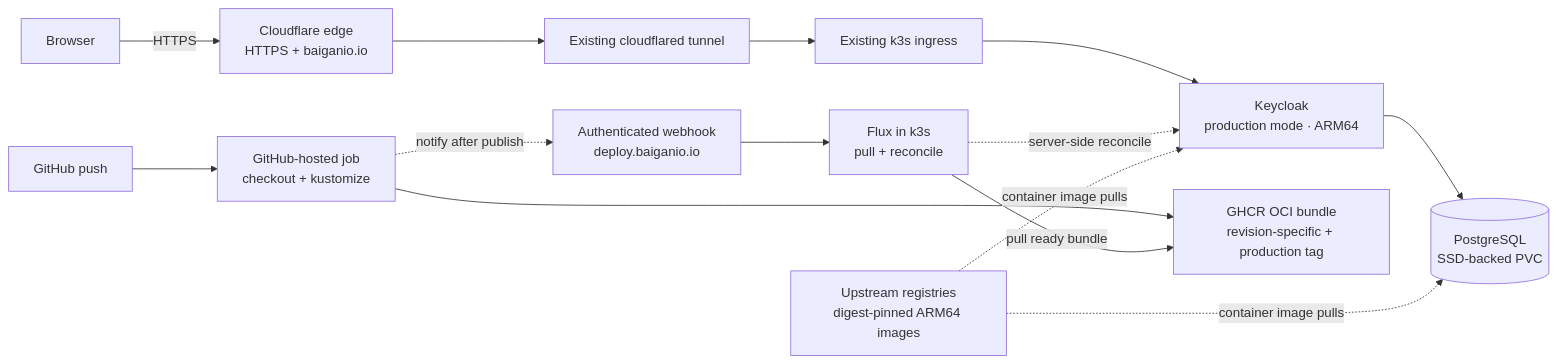
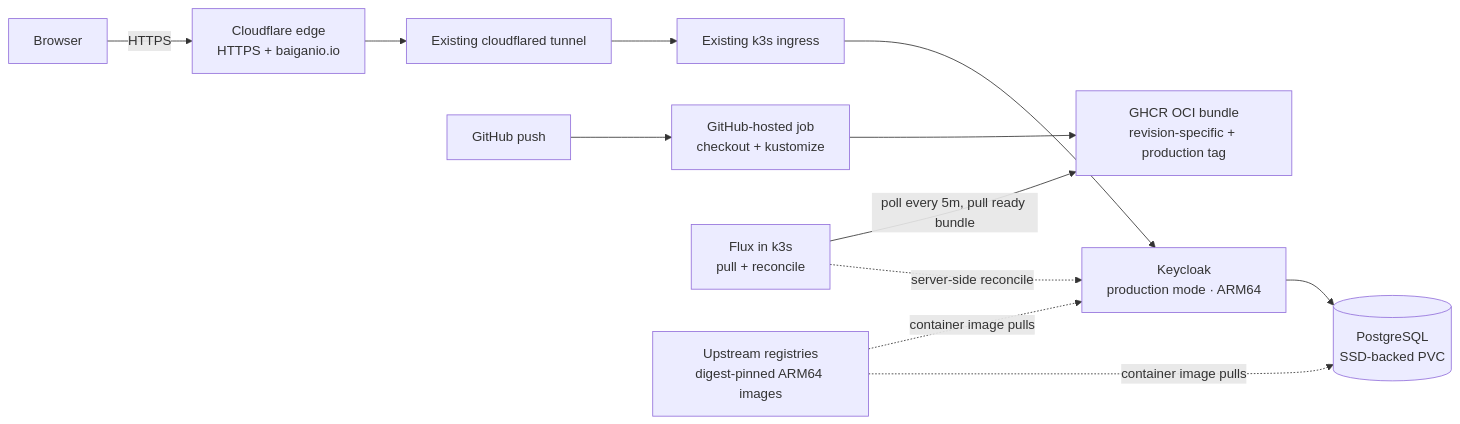
The diagram in K3SPI5.md (BaiGanio/keycloak), drawn with Mermaid before and after one commit. The commit also changed other lines of this file and 3 other files, not shown here.

First line of the commit message:
Remove Flux webhook notify path; rely on polling

````diff
--- a/K3SPI5.md
+++ b/K3SPI5.md
@@ -270,29 +260,26 @@
 ```mermaid
 flowchart LR
     user["Browser"]
     cloudflare["Cloudflare edge<br/>HTTPS + baiganio.io"]
     tunnel["Existing cloudflared tunnel"]
     ingress["Existing k3s ingress"]
     keycloak["Keycloak<br/>production mode · ARM64"]
     postgres[("PostgreSQL<br/>SSD-backed PVC")]
     github["GitHub push"]
     prepare["GitHub-hosted job<br/>checkout + kustomize"]
     artifact["GHCR OCI bundle<br/>revision-specific + production tag"]
     flux["Flux in k3s<br/>pull + reconcile"]
-    hook["Authenticated webhook<br/>deploy.baiganio.io"]
     registry["Upstream registries<br/>digest-pinned ARM64 images"]
 
     user -- "HTTPS" --> cloudflare
     cloudflare --> tunnel
     tunnel --> ingress
     ingress --> keycloak
     keycloak --> postgres
     github --> prepare
     prepare --> artifact
-    prepare -. "notify after publish" .-> hook
-    hook --> flux
-    flux -- "pull ready bundle" --> artifact
+    flux -- "poll every 5m, pull ready bundle" --> artifact
     flux -. "server-side reconcile" .-> keycloak
     registry -. "container image pulls" .-> keycloak
     registry -. "container image pulls" .-> postgres
 ```
````
